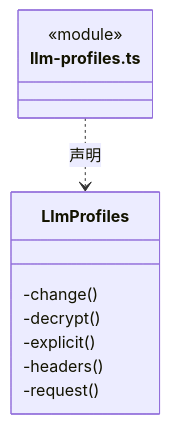
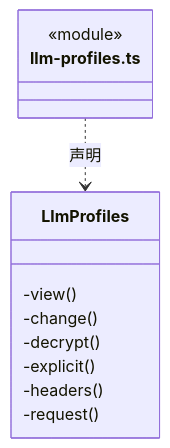
One commit to nan023062/cbim changed the fourth of 5 diagrams in src/logic/models/service/ARCHITECTURE.md. Above: the diagram before and after it, drawn with Mermaid. The commit also changed other lines of this file and 15 other files, not shown here.

````diff
--- a/src/logic/models/service/ARCHITECTURE.md
+++ b/src/logic/models/service/ARCHITECTURE.md
@@ -97,14 +108,15 @@
 ```mermaid
 classDiagram
 class N_src_logic_models_service_llm_profiles_ts["llm-profiles.ts"] {
   <<module>>
 }
 class N_src_logic_models_service_llm_profiles_ts_LlmProfiles["LlmProfiles"] {
+  -view()
   -change()
   -decrypt()
   -explicit()
   -headers()
   -request()
 }
 N_src_logic_models_service_llm_profiles_ts ..> N_src_logic_models_service_llm_profiles_ts_LlmProfiles : 声明
 ```
````
